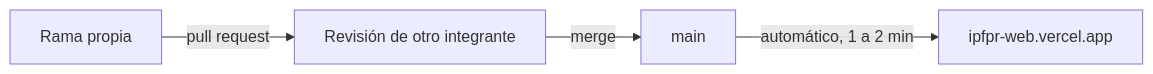
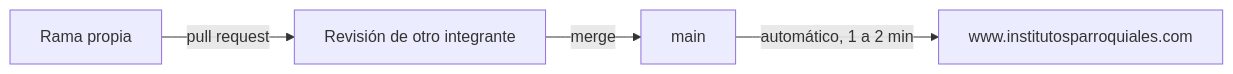
Before and after one commit to IPFPR/IPFPR-web: the diagram in README.md, drawn with Mermaid. The commit also changed other lines of this file and 13 other files, not shown here.

````diff
--- a/README.md
+++ b/README.md
@@ -113,6 +117,6 @@
 ```mermaid
 flowchart LR
     A[Rama propia] -->|pull request| B[Revisión de otro integrante]
     B -->|merge| C[main]
-    C -->|automático, 1 a 2 min| D[ipfpr-web.vercel.app]
+    C -->|automático, 1 a 2 min| D[www.institutosparroquiales.com]
 ```
````
